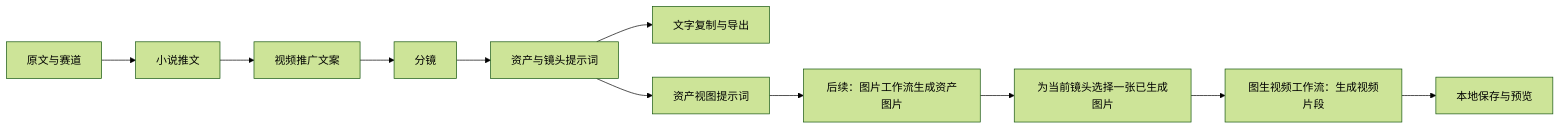
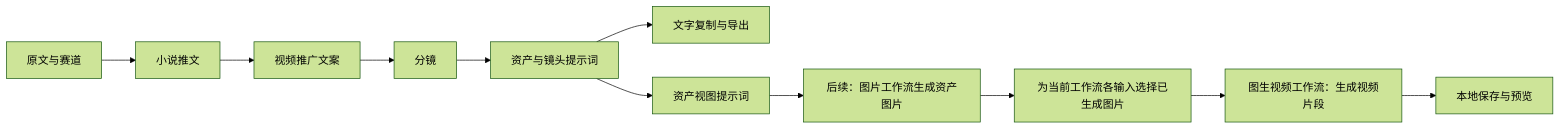
The first of 5 diagrams in docs/short_video/architecture.md (thisHobart/NovelWriter), drawn with Mermaid (forest theme) before and after one commit. The commit also changed other lines of this file and 7 other files, not shown here.

````diff
--- a/docs/short_video/architecture.md
+++ b/docs/short_video/architecture.md
@@ -17,13 +17,13 @@
 ```mermaid
 flowchart LR
     A[原文与赛道] --> B[小说推文]
     B --> C[视频推广文案]
     C --> D[分镜]
     D --> E[资产与镜头提示词]
     E --> F[文字复制与导出]
     E --> G[资产视图提示词]
     G --> H[后续：图片工作流生成资产图片]
-    H --> I[为当前镜头选择一张已生成图片]
+    H --> I[为当前工作流各输入选择已生成图片]
     I --> J[图生视频工作流：生成视频片段]
     J --> K[本地保存与预览]
 ```
````
